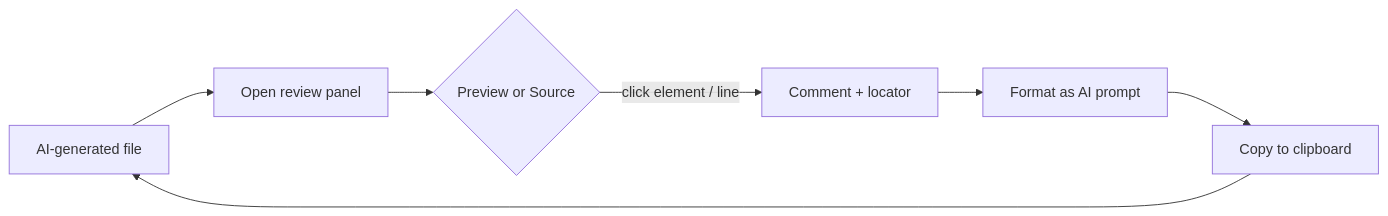
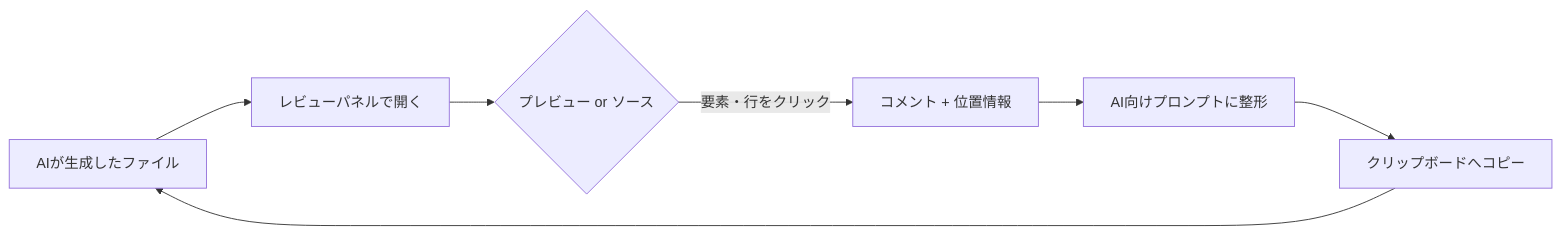
Before and after one commit to ykitaza/ai-review-comments: the diagram in README.md, drawn with Mermaid. The commit also changed other lines of this file and 1 other file, not shown here.

````diff
--- a/README.md
+++ b/README.md
@@ -32,9 +30,9 @@
 ```mermaid
 flowchart LR
-  A[AI-generated file] --> B[Open review panel]
-  B --> C{Preview or Source}
-  C -->|click element / line| D[Comment + locator]
-  D --> E[Format as AI prompt]
-  E --> F[Copy to clipboard]
+  A[AIが生成したファイル] --> B[レビューパネルで開く]
+  B --> C{プレビュー or ソース}
+  C -->|要素・行をクリック| D[コメント + 位置情報]
+  D --> E[AI向けプロンプトに整形]
+  E --> F[クリップボードへコピー]
   F --> A
 ```
````
